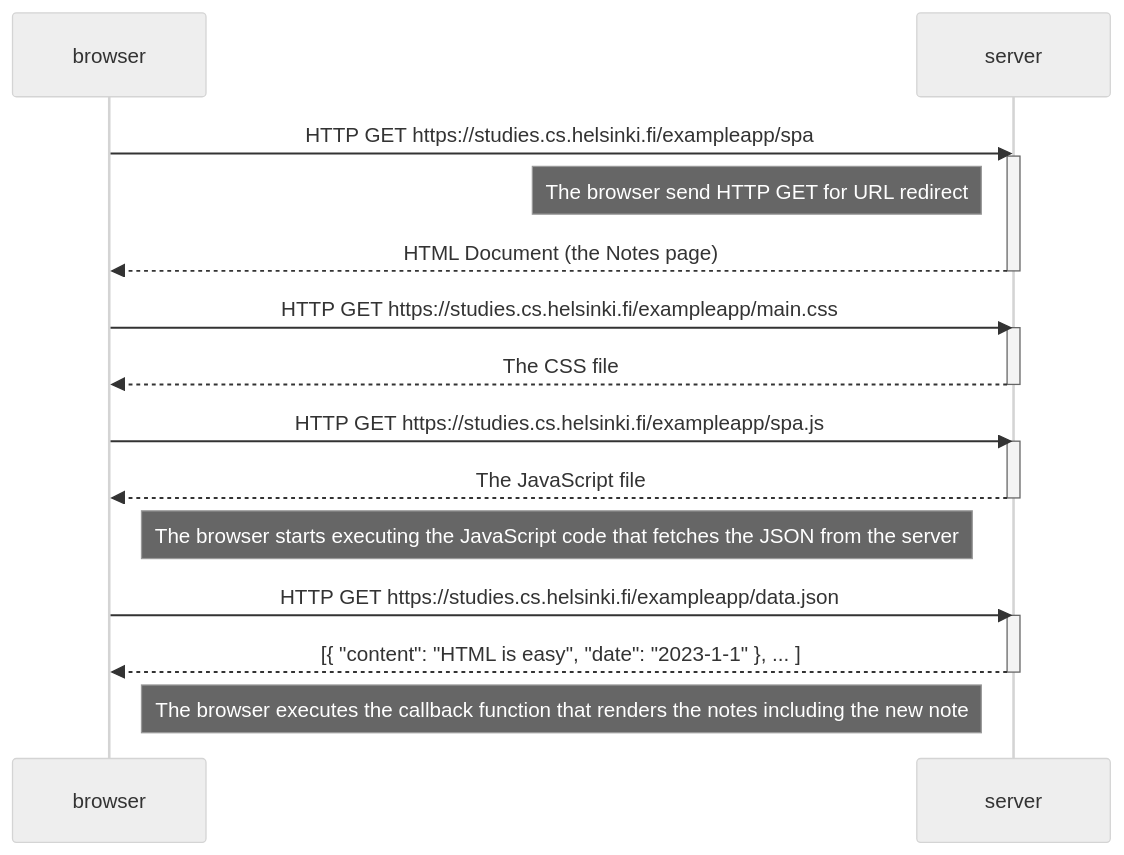
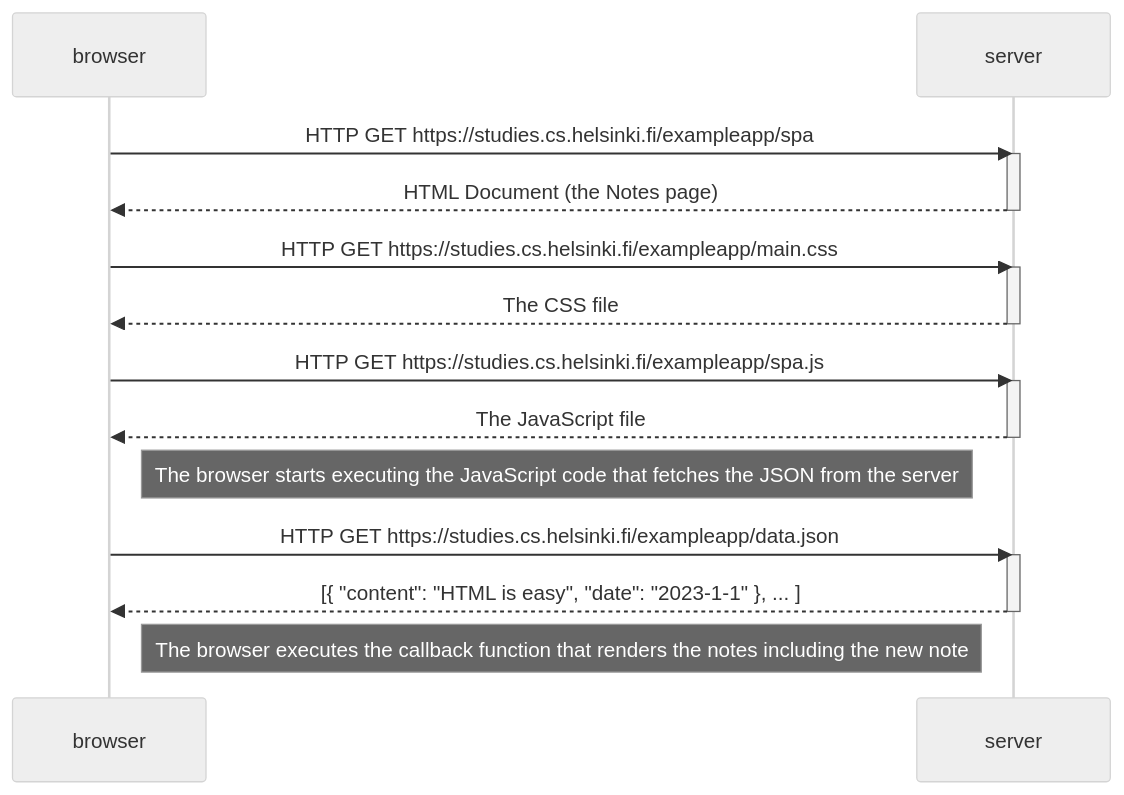
The diagram in part0/0.5.md (kole-wc/fullstackopen), drawn with Mermaid (neutral theme) before and after one commit.

Commit message:
Remove one comment

````diff
--- a/part0/0.5.md
+++ b/part0/0.5.md
@@ -1,30 +1,29 @@
 ```mermaid
 sequenceDiagram
     participant browser
     participant server
 
     browser->>server: HTTP GET https://studies.cs.helsinki.fi/exampleapp/spa
     activate server
-    Note left of server: The browser send HTTP GET for URL redirect
     server-->>browser: HTML Document (the Notes page)
     deactivate server
 
     browser->>server: HTTP GET https://studies.cs.helsinki.fi/exampleapp/main.css
     activate server
     server-->>browser: The CSS file
     deactivate server
 
     browser->>server: HTTP GET https://studies.cs.helsinki.fi/exampleapp/spa.js
     activate server
     server-->>browser: The JavaScript file
     deactivate server
 
     Note right of browser: The browser starts executing the JavaScript code that fetches the JSON from the server
 
     browser->>server: HTTP GET https://studies.cs.helsinki.fi/exampleapp/data.json
     activate server
     server-->>browser: [{ "content": "HTML is easy", "date": "2023-1-1" }, ... ]
     deactivate server
 
     Note right of browser: The browser executes the callback function that renders the notes including the new note
 ```
````
